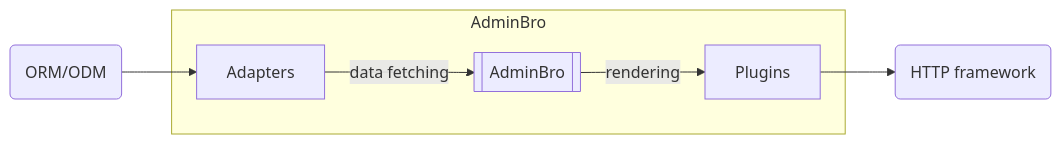
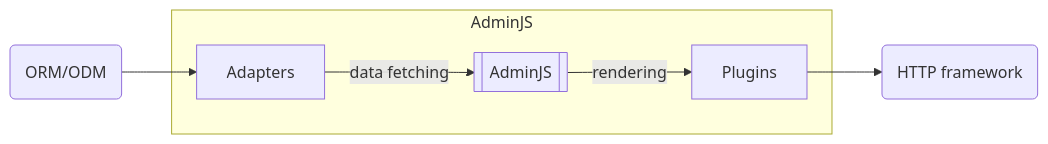
One commit to SoftwareBrothers/adminjs-dev changed the first of 2 diagrams in docs-src/sections/modules.md. Above: the diagram before and after it, drawn with Mermaid. The commit also changed other lines of this file and 2191 other files, not shown here.

```diff
--- a/docs-src/sections/modules.md
+++ b/docs-src/sections/modules.md
@@ -12,9 +12,9 @@
   <div class="mermaid" style="margin: 40px 0;">
     graph LR
       O(ORM/ODM) --> C
-      subgraph core [AdminBro]
-        A[[AdminBro]] --> |rendering| B[Plugins]
+      subgraph core [AdminJS]
+        A[[AdminJS]] --> |rendering| B[Plugins]
         C[Adapters]  --> |data fetching| A
       end
       B --> D(HTTP framework) 
   </div>
```
